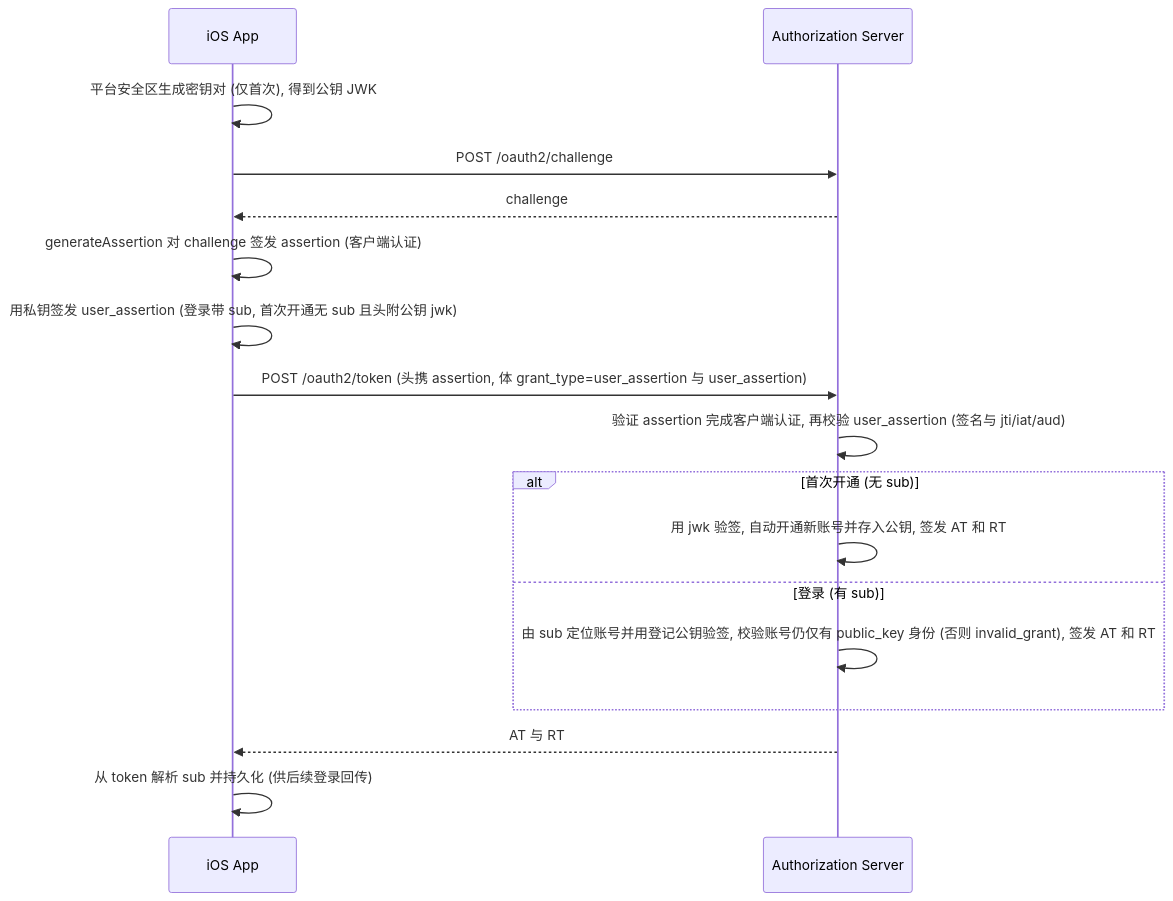
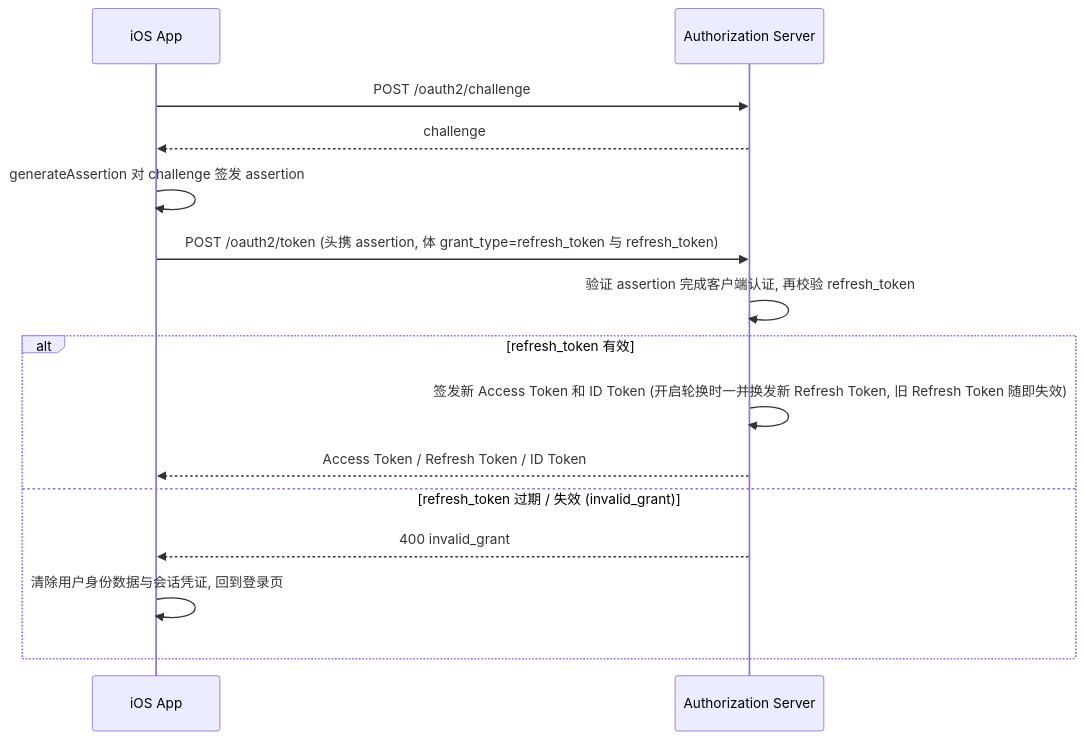
Before and after one commit to euler-projects/demo: the sixth of 6 diagrams in user-center/doc/apis/zh-cn/app-attest-login/v2/App-Attest-Login.md, drawn with Mermaid. The commit also changed other lines of this file, not shown here.

Commit message:
docs(app-attest): rework login docs

````diff
--- a/user-center/doc/apis/zh-cn/app-attest-login/v2/App-Attest-Login.md
+++ b/user-center/doc/apis/zh-cn/app-attest-login/v2/App-Attest-Login.md
@@ -285,19 +298,17 @@
 ```mermaid
 sequenceDiagram
     participant App as iOS App
     participant Server as Authorization Server
-    App ->> App: 平台安全区生成密钥对 (仅首次), 得到公钥 JWK
     App ->> Server: POST /oauth2/challenge
     Server -->> App: challenge
-    App ->> App: generateAssertion 对 challenge 签发 assertion (客户端认证)
-    App ->> App: 用私钥签发 user_assertion (登录带 sub, 首次开通无 sub 且头附公钥 jwk)
-    App ->> Server: POST /oauth2/token (头携 assertion, 体 grant_type=user_assertion 与 user_assertion)
-    Server ->> Server: 验证 assertion 完成客户端认证, 再校验 user_assertion (签名与 jti/iat/aud)
-    alt 首次开通 (无 sub)
-        Server ->> Server: 用 jwk 验签, 自动开通新账号并存入公钥, 签发 AT 和 RT
-    else 登录 (有 sub)
-        Server ->> Server: 由 sub 定位账号并用登记公钥验签, 校验账号仍仅有 public_key 身份 (否则 invalid_grant), 签发 AT 和 RT
+    App ->> App: generateAssertion 对 challenge 签发 assertion
+    App ->> Server: POST /oauth2/token (头携 assertion, 体 grant_type=refresh_token 与 refresh_token)
+    Server ->> Server: 验证 assertion 完成客户端认证, 再校验 refresh_token
+    alt refresh_token 有效
+        Server ->> Server: 签发新 Access Token 和 ID Token (开启轮换时一并换发新 Refresh Token, 旧 Refresh Token 随即失效)
+        Server -->> App: Access Token / Refresh Token / ID Token
+    else refresh_token 过期 / 失效 (invalid_grant)
+        Server -->> App: 400 invalid_grant
+        App ->> App: 清除用户身份数据与会话凭证, 回到登录页
     end
-    Server -->> App: AT 与 RT
-    App ->> App: 从 token 解析 sub 并持久化 (供后续登录回传)
 ```
````
